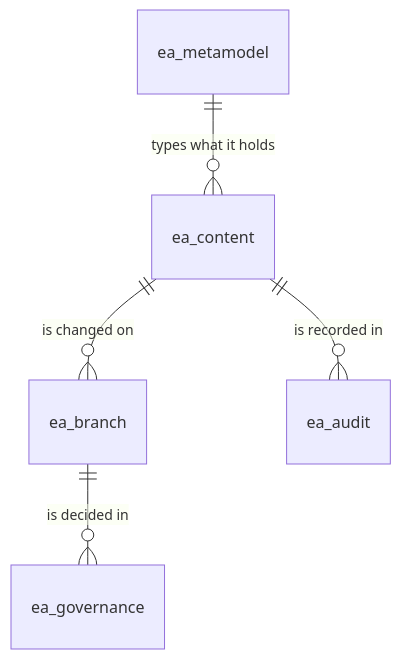
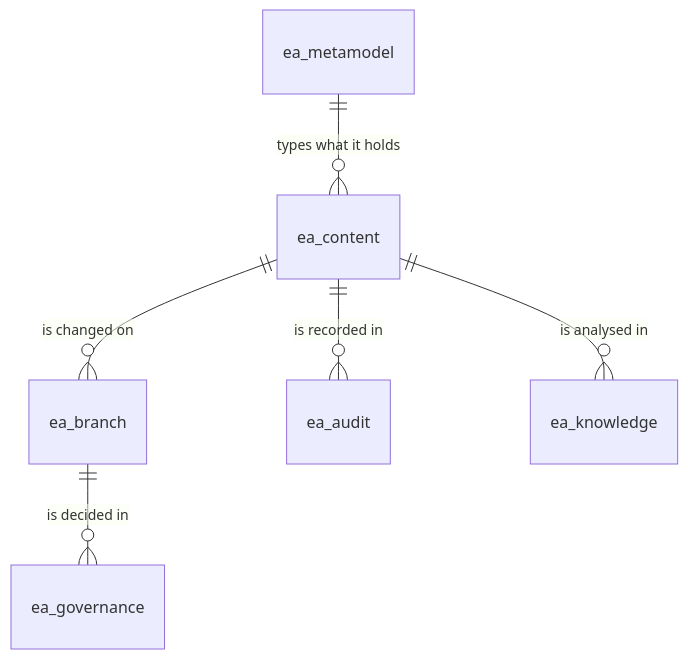
Before and after one commit to roanboc/dbx-enterprise-architecture: the second of 9 diagrams in architecture/3_information/3_logical-data-model.md, drawn with Mermaid. The commit also changed other lines of this file and 9 other files, not shown here.

First line of the commit message:
docs(architecture): initiative 25 widened at the Requester's word — deep dives kept, rated and handed out as a pack

````diff
--- a/architecture/3_information/3_logical-data-model.md
+++ b/architecture/3_information/3_logical-data-model.md
@@ -59,7 +59,8 @@
 ```mermaid
 erDiagram
   ea_metamodel ||--o{ ea_content : "types what it holds"
   ea_content ||--o{ ea_branch : "is changed on"
   ea_branch ||--o{ ea_governance : "is decided in"
   ea_content ||--o{ ea_audit : "is recorded in"
+  ea_content ||--o{ ea_knowledge : "is analysed in"
 ```
````
